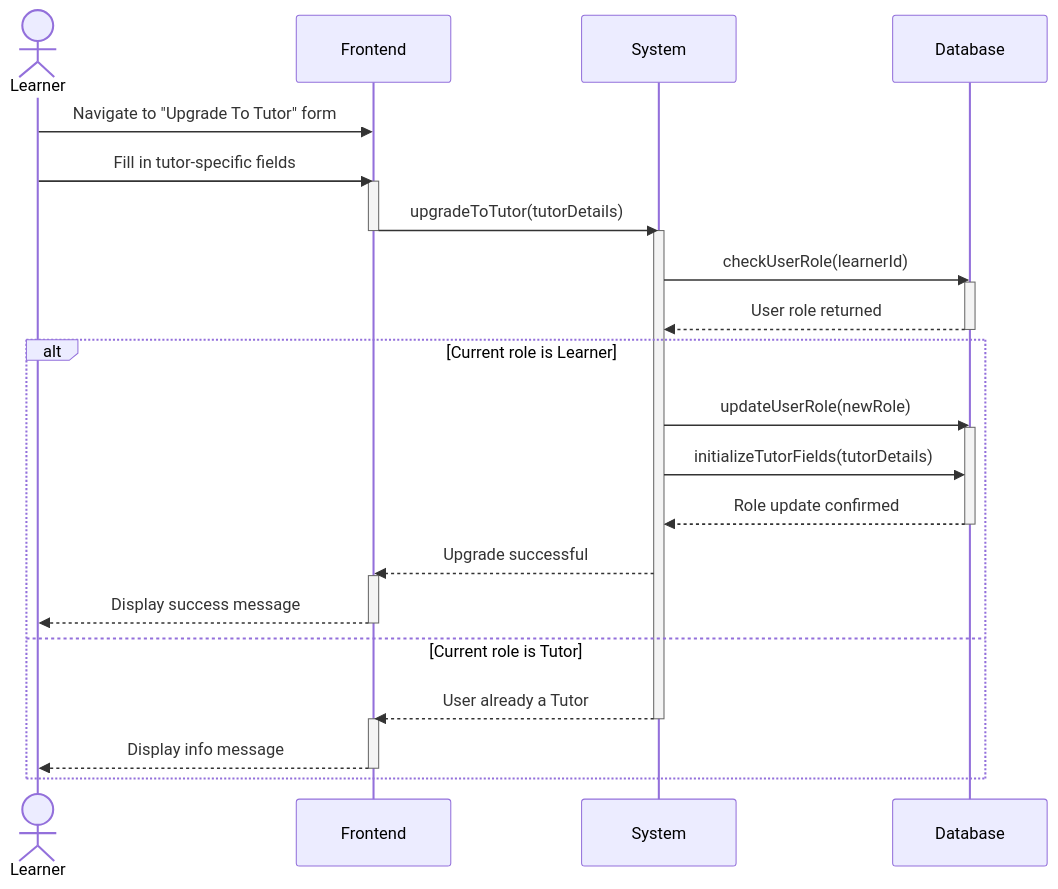
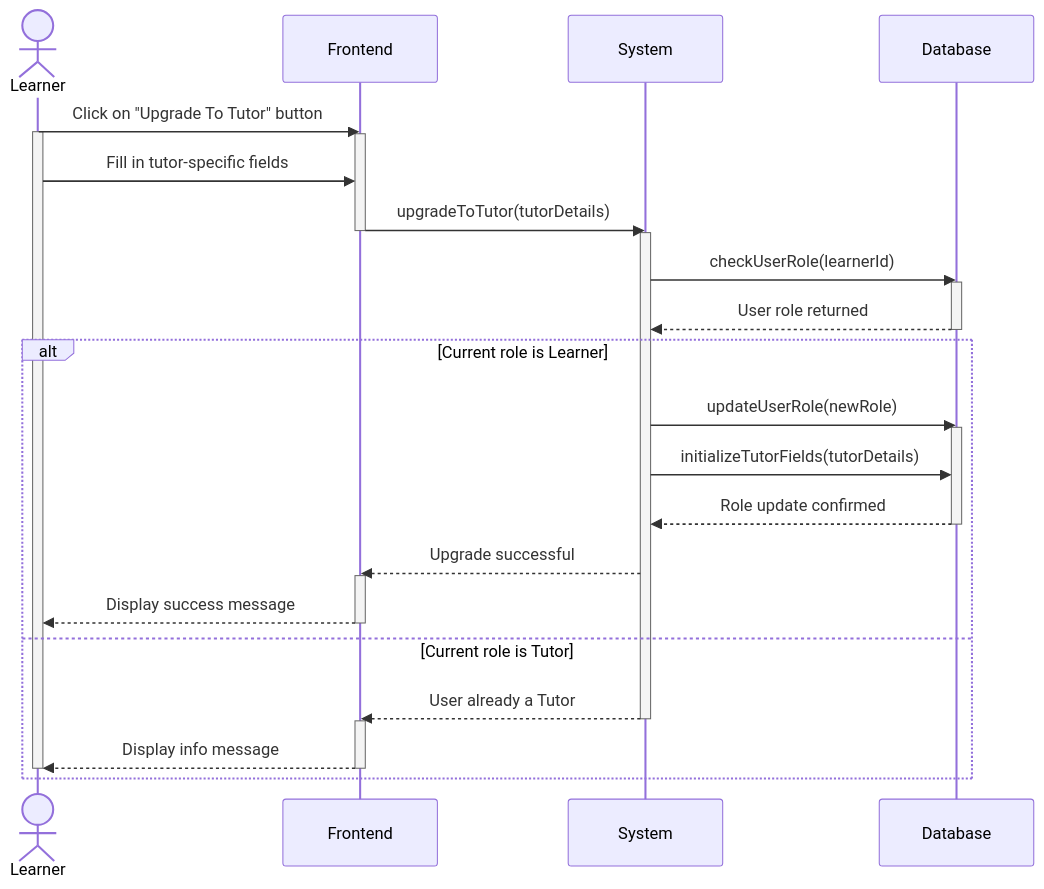
One commit to Shaar03/Diagrams changed the diagram in upgradeToTutor.mermaid. Above: the diagram before and after it, drawn with Mermaid.

Commit message:
semantics

```diff
--- a/upgradeToTutor.mermaid
+++ b/upgradeToTutor.mermaid
@@ -1,34 +1,36 @@
 sequenceDiagram
     actor Learner
     participant Frontend
     participant System
     participant Database
 
-    Learner->>Frontend: Navigate to "Upgrade To Tutor" form
+    Learner->>Frontend: Click on "Upgrade To Tutor" button
+    activate Learner
+    activate Frontend
     Learner->>Frontend: Fill in tutor-specific fields
-    activate Frontend
     Frontend->>System: upgradeToTutor(tutorDetails)
     deactivate Frontend
     activate System
     System->>Database: checkUserRole(learnerId)
     activate Database
     Database-->>System: User role returned
     deactivate Database
 
     alt Current role is Learner
         System->>Database: updateUserRole(newRole)
         activate Database
         System->>Database: initializeTutorFields(tutorDetails)
         Database-->>System: Role update confirmed
         deactivate Database
         System-->>Frontend: Upgrade successful
         activate Frontend
         Frontend-->>Learner: Display success message
         deactivate Frontend
     else Current role is Tutor
         System-->>Frontend: User already a Tutor
         deactivate System
         activate Frontend
         Frontend-->>Learner: Display info message
+        deactivate Learner
         deactivate Frontend
     end
```
